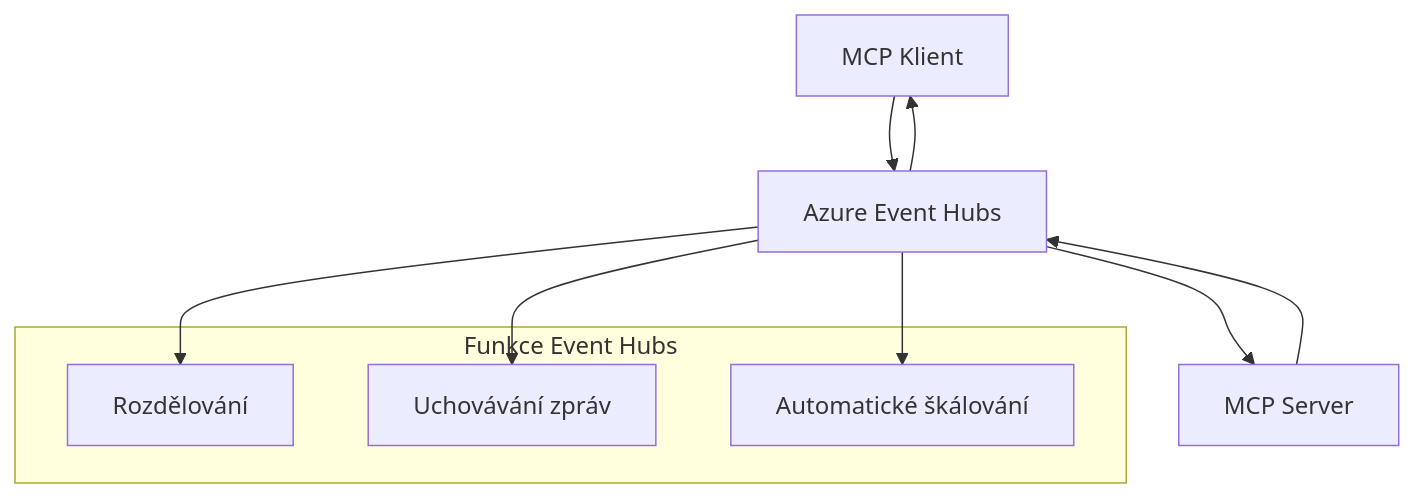
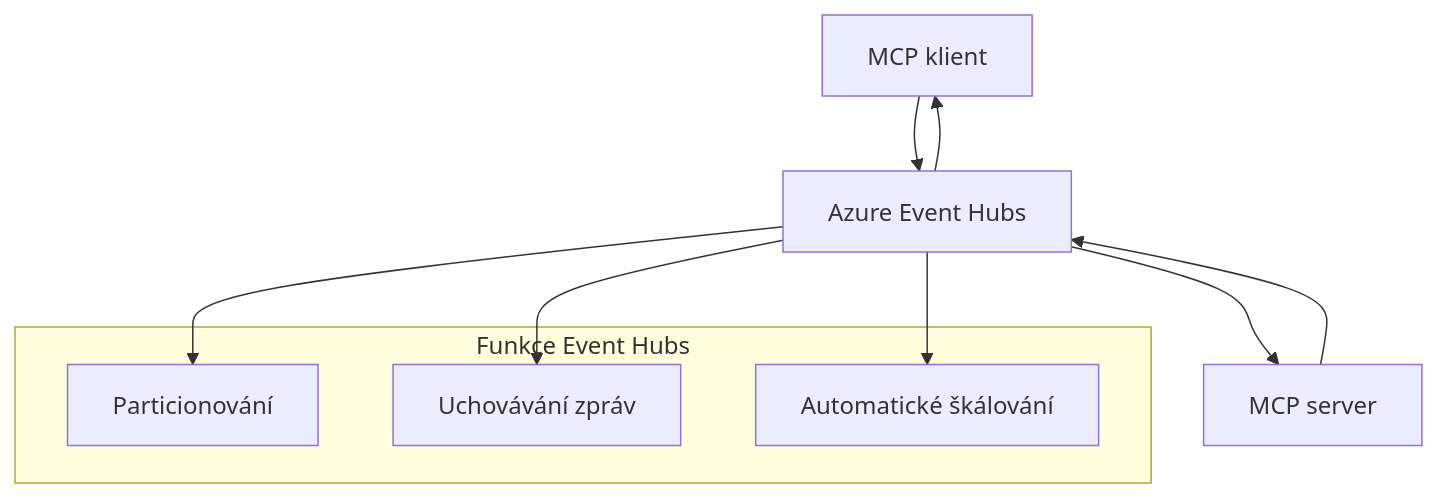
Before and after one commit to HIDORAKAI002/ai-workspace-archive: the second of 2 diagrams in mcp_ecosystem__model_context_protocol/mcp_learning_resources/mcp-for-beginners/translations/cs/05-AdvancedTopics/mcp-transport/README.md, drawn with Mermaid. The commit also changed other lines of this file and 1046 other files, not shown here.

````diff
--- a/mcp_ecosystem__model_context_protocol/mcp_learning_resources/mcp-for-beginners/translations/cs/05-AdvancedTopics/mcp-transport/README.md
+++ b/mcp_ecosystem__model_context_protocol/mcp_learning_resources/mcp-for-beginners/translations/cs/05-AdvancedTopics/mcp-transport/README.md
@@ -270,17 +272,17 @@
 ```mermaid
 graph TB
-    Client[MCP Klient] --> EH[Azure Event Hubs]
-    EH --> Server[MCP Server]
+    Client[MCP klient] --> EH[Azure Event Hubs]
+    EH --> Server[MCP server]
     Server --> EH
     EH --> Client
     
     subgraph "Funkce Event Hubs"
-        Partition[Rozdělování]
+        Partition[Particionování]
         Retention[Uchovávání zpráv]
         Scaling[Automatické škálování]
     end
     
     EH --> Partition
     EH --> Retention
     EH --> Scaling
 ```
````
